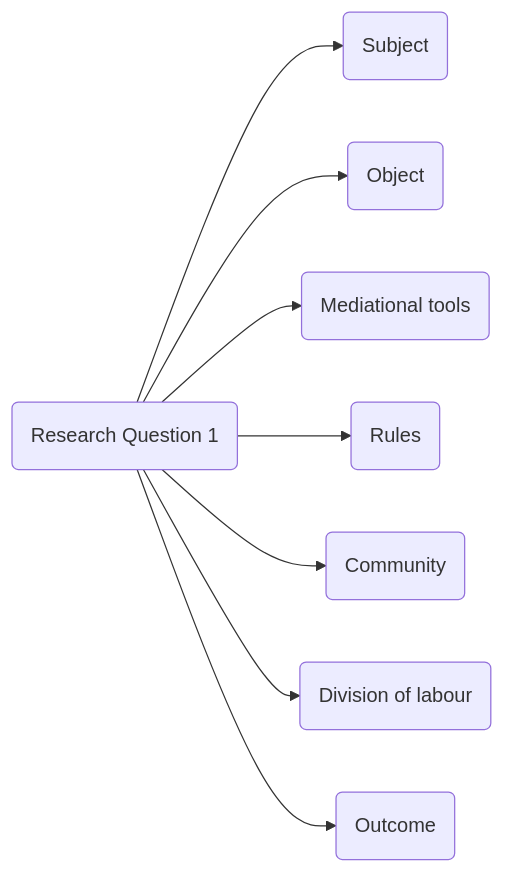
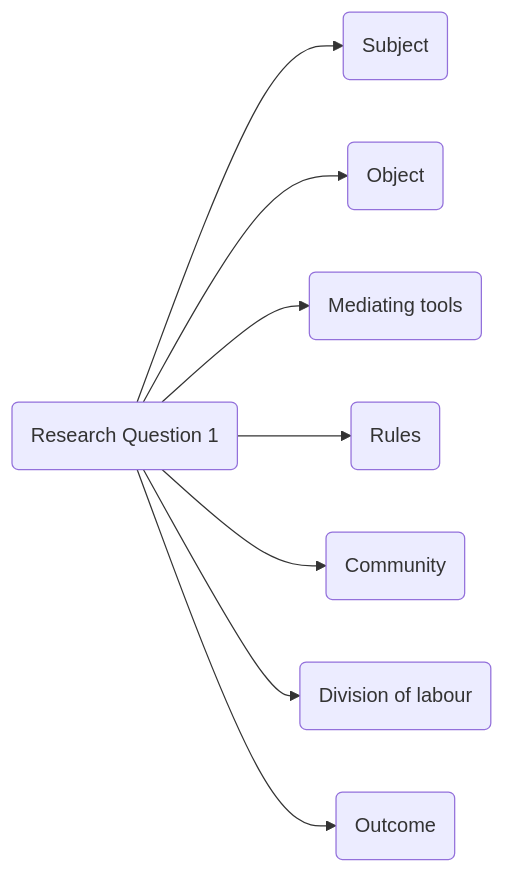
The first of 2 diagrams in develop_codebook.qmd (faisalmustafa/SLR), drawn with Mermaid before and after one commit. The commit also changed other lines of this file and 5 other files, not shown here.

````diff
--- a/develop_codebook.qmd
+++ b/develop_codebook.qmd
@@ -87,11 +87,11 @@
 ```{mermaid}
 flowchart LR
   A(Research Question 1)
   A --> B(Subject)
   A --> C(Object)
-  A --> D(Mediational tools)
+  A --> D(Mediating tools)
   A --> E(Rules)
   A --> F(Community)
   A --> G(Division of labour)
   A --> H(Outcome)
 ```
````
